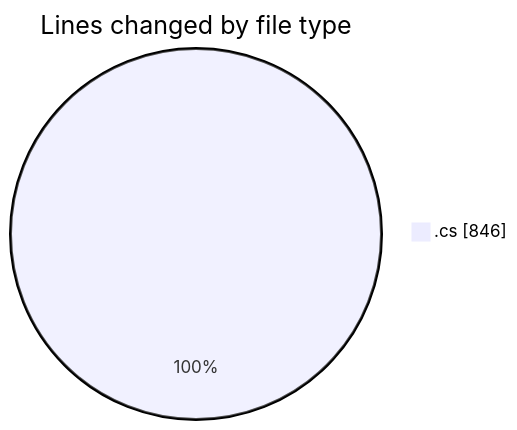
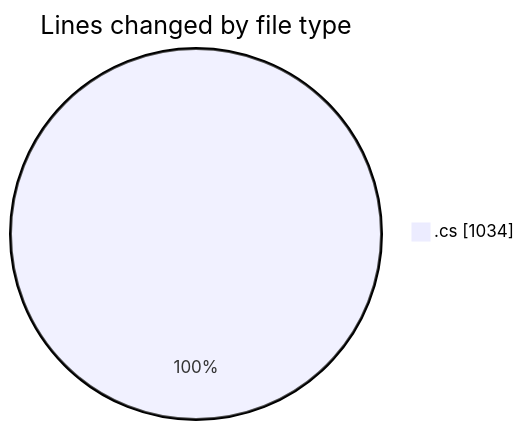
Before and after one commit to Netris89/code-tracking: the first of 2 diagrams in 2025-03-29/back-end/README.md, drawn with Mermaid. The commit also changed other lines of this file and 1 other file, not shown here.

````diff
--- a/2025-03-29/back-end/README.md
+++ b/2025-03-29/back-end/README.md
@@ -23,5 +23,5 @@
 ```mermaid
 pie showData
 title Lines changed by file type
-".cs" : 846
+".cs" : 1034
 ```
````
